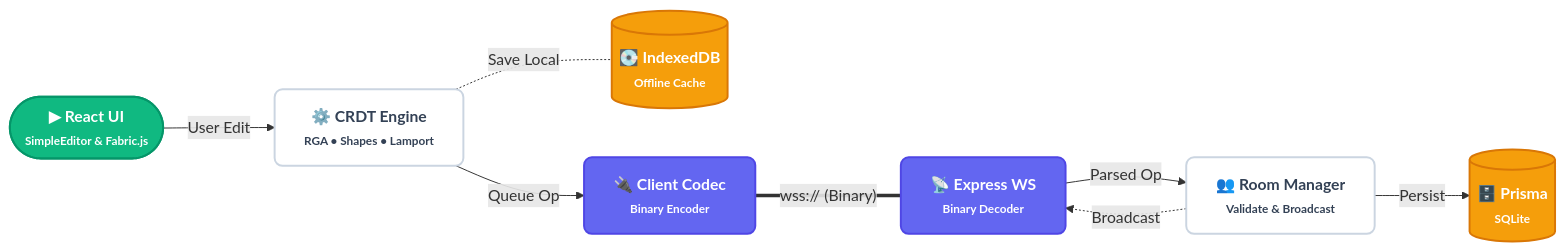
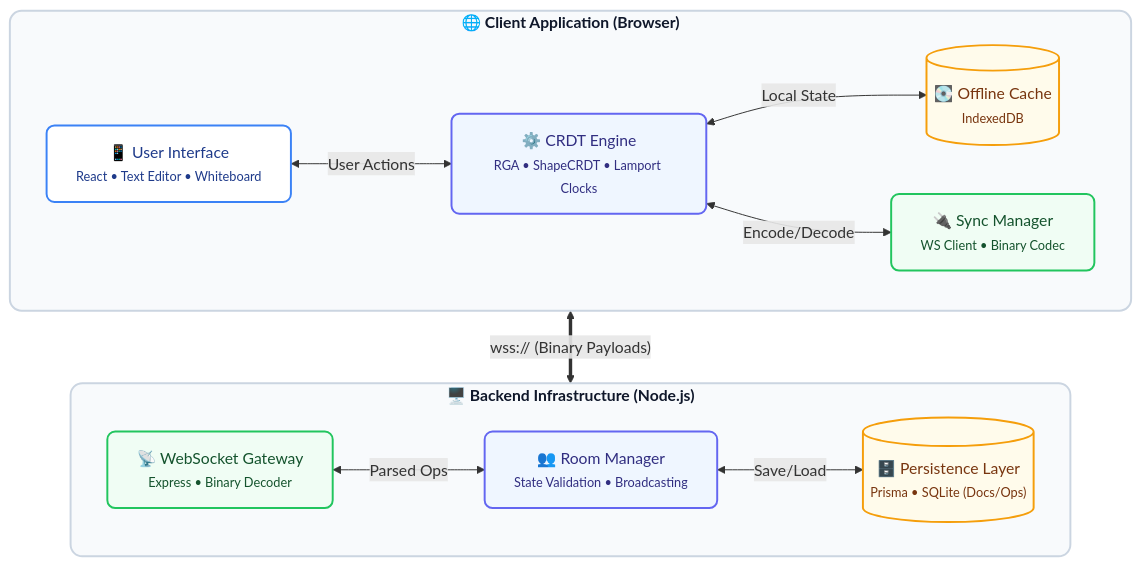
The diagram in README.md (thapasubashb/Canvas_Sync), drawn with Mermaid before and after one commit.

Commit message:
created  an architure look

````diff
--- a/README.md
+++ b/README.md
@@ -10,39 +9,46 @@
 ```mermaid
-flowchart LR
-    %% n8n-style Theme Configuration
-    classDef trigger fill:#10b981,stroke:#059669,stroke-width:2px,color:#ffffff,rx:30px,font-weight:bold
-    classDef logic fill:#ffffff,stroke:#cbd5e1,stroke-width:2px,color:#334155,rx:8px,font-weight:bold
-    classDef network fill:#6366f1,stroke:#4f46e5,stroke-width:2px,color:#ffffff,rx:8px,font-weight:bold
-    classDef database fill:#f59e0b,stroke:#d97706,stroke-width:2px,color:#ffffff,rx:8px,font-weight:bold
+flowchart TD
+    %% 1. Define Modern, Corporate Styles
+    classDef boundary fill:#f8fafc,stroke:#cbd5e1,stroke-width:2px,rx:12px,color:#0f172a,font-weight:bold
+    classDef ui fill:#ffffff,stroke:#3b82f6,stroke-width:2px,rx:8px,color:#1e3a8a
+    classDef core fill:#eff6ff,stroke:#6366f1,stroke-width:2px,rx:8px,color:#312e81
+    classDef network fill:#f0fdf4,stroke:#22c55e,stroke-width:2px,rx:8px,color:#14532d
+    classDef storage fill:#fffbeb,stroke:#f59e0b,stroke-width:2px,rx:8px,color:#78350f
 
-    %% 1. Nodes definition
-    UI(["▶ React UI<br/><span style='font-size:12px;font-weight:normal'>SimpleEditor & Fabric.js</span>"]):::trigger
+    %% 2. Client Architecture
+    subgraph Client ["🌐 Client Application (Browser)"]
+        direction LR
+        
+        UI["📱 User Interface<br/><span style='font-size:13px;font-weight:normal;color:#475569'>React • Text Editor • Whiteboard</span>"]:::ui
+        
+        CRDT["⚙️ CRDT Engine<br/><span style='font-size:13px;font-weight:normal;color:#475569'>RGA • ShapeCRDT • Lamport Clocks</span>"]:::core
+        
+        Sync["🔌 Sync Manager<br/><span style='font-size:13px;font-weight:normal;color:#475569'>WS Client • Binary Codec</span>"]:::network
+        
+        IDB[("💽 Offline Cache<br/><span style='font-size:13px;font-weight:normal;color:#475569'>IndexedDB</span>")]:::storage
+        
+        UI <-->|User Actions| CRDT
+        CRDT <-->|Local State| IDB
+        CRDT <-->|Encode/Decode| Sync
+    end
+
+    %% 3. Server Architecture
+    subgraph Server ["🖥️ Backend Infrastructure (Node.js)"]
+        direction LR
+        
+        Gateway["📡 WebSocket Gateway<br/><span style='font-size:13px;font-weight:normal;color:#475569'>Express • Binary Decoder</span>"]:::network
+        
+        Rooms["👥 Room Manager<br/><span style='font-size:13px;font-weight:normal;color:#475569'>State Validation • Broadcasting</span>"]:::core
+        
+        DB[("🗄️ Persistence Layer<br/><span style='font-size:13px;font-weight:normal;color:#475569'>Prisma • SQLite (Docs/Ops)</span>")]:::storage
+        
+        Gateway <-->|Parsed Ops| Rooms
+        Rooms <-->|Save/Load| DB
+    end
+
+    %% 4. Network Link
+    Sync <==>|"wss:// (Binary Payloads)"| Gateway
     
-    CRDT["⚙️ CRDT Engine<br/><span style='font-size:12px;font-weight:normal'>RGA • Shapes • Lamport</span>"]:::logic
-    
-    IDB[("💽 IndexedDB<br/><span style='font-size:12px;font-weight:normal'>Offline Cache</span>")]:::database
-    
-    ClientWS["🔌 Client Codec<br/><span style='font-size:12px;font-weight:normal'>Binary Encoder</span>"]:::network
-    
-    ServerWS["📡 Express WS<br/><span style='font-size:12px;font-weight:normal'>Binary Decoder</span>"]:::network
-    
-    Rooms["👥 Room Manager<br/><span style='font-size:12px;font-weight:normal'>Validate & Broadcast</span>"]:::logic
-    
-    DB[("🗄️ Prisma<br/><span style='font-size:12px;font-weight:normal'>SQLite</span>")]:::database
-
-    %% 2. The Linear n8n-style Flow
-    UI -->|"User Edit"| CRDT
-    
-    %% Split the flow cleanly
-    CRDT -.-|"Save Local"| IDB
-    CRDT -->|"Queue Op"| ClientWS
-    
-    %% The main network bridge
-    ClientWS ===|"wss:// (Binary)"| ServerWS
-    
-    %% Server processing
-    ServerWS -->|"Parsed Op"| Rooms
-    
-    Rooms -->|"Persist"| DB
-    Rooms -.->|"Broadcast"| ServerWS
+    %% Apply bounding box style
+    class Client,Server boundary
 ```
````
